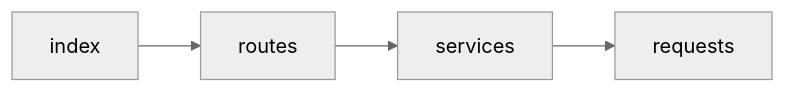
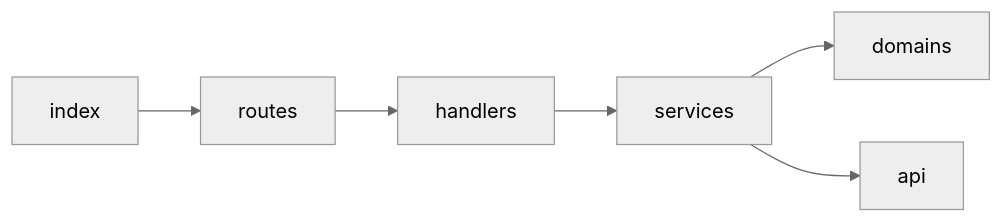
Before and after one commit to mitsuoka0423/bun-line-bot-tax-calc.ts: the first of 3 diagrams in readme.md, drawn with Mermaid (neutral theme). The commit also changed other lines of this file, not shown here.

Commit message:
add class diagram

````diff
--- a/readme.md
+++ b/readme.md
@@ -21,6 +21,8 @@
 ```mermaid
 flowchart LR
   index --> routes
-  routes --> services
-  services --> requests
+  routes --> handlers
+  handlers --> services
+  services --> domains
+  services --> api
 ```
````
